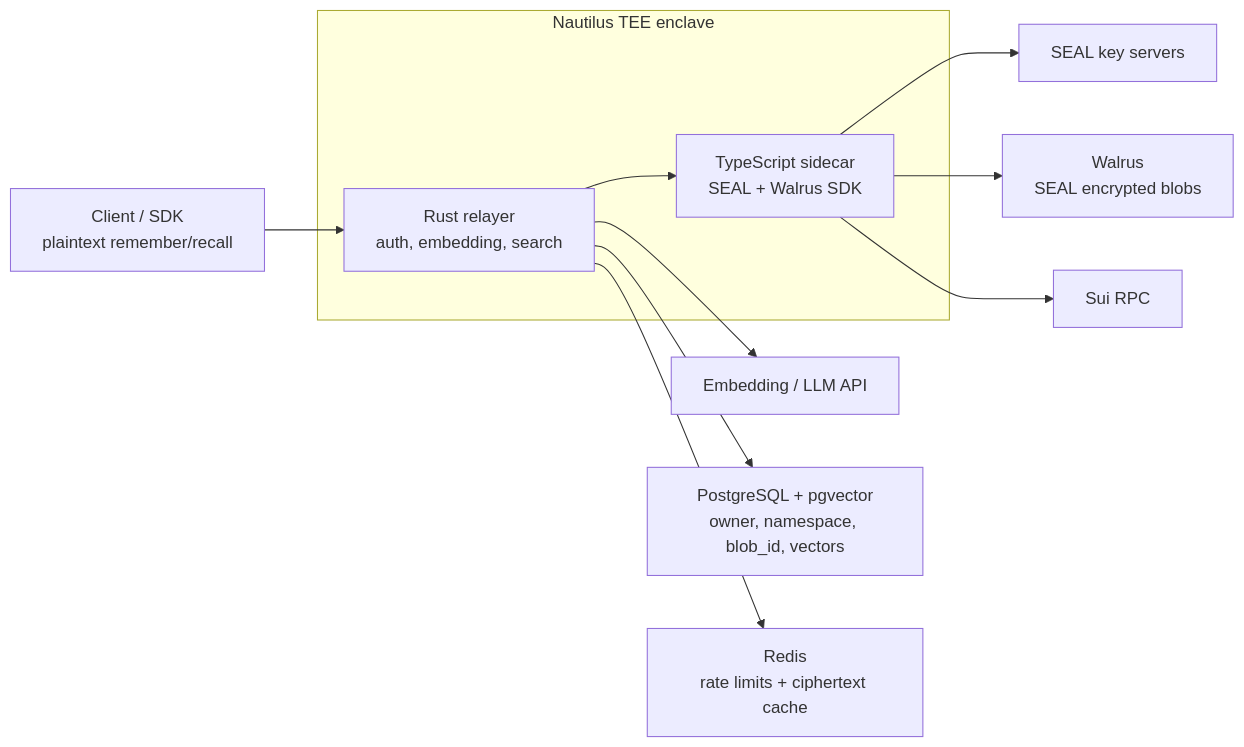
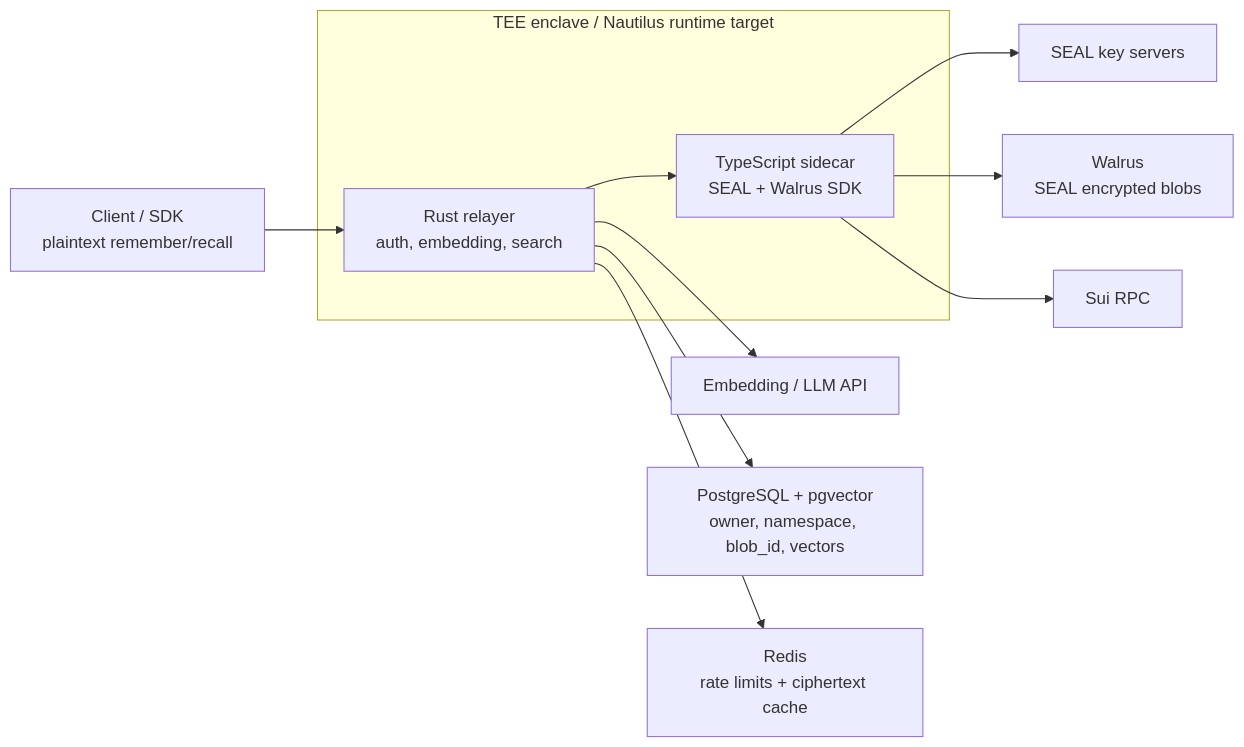
The diagram in docs/relayer/nautilus-tee.md (MystenLabs/MemWal), drawn with Mermaid before and after one commit. The commit also changed other lines of this file and 12 other files, not shown here.

````diff
--- a/docs/relayer/nautilus-tee.md
+++ b/docs/relayer/nautilus-tee.md
@@ -25,25 +44,25 @@
 ```mermaid
 flowchart LR
     Client["Client / SDK<br/>plaintext remember/recall"]
 
-    subgraph TEE["Nautilus TEE enclave"]
+    subgraph TEE["TEE enclave / Nautilus runtime target"]
         Relayer["Rust relayer<br/>auth, embedding, search"]
         Sidecar["TypeScript sidecar<br/>SEAL + Walrus SDK"]
     end
 
     AI["Embedding / LLM API"]
     Seal["SEAL key servers"]
     Walrus["Walrus<br/>SEAL encrypted blobs"]
     Postgres["PostgreSQL + pgvector<br/>owner, namespace, blob_id, vectors"]
     Redis["Redis<br/>rate limits + ciphertext cache"]
     Sui["Sui RPC"]
 
     Client --> Relayer
     Relayer --> AI
     Relayer --> Postgres
     Relayer --> Redis
     Relayer --> Sidecar
     Sidecar --> Seal
     Sidecar --> Walrus
     Sidecar --> Sui
 ```
````
